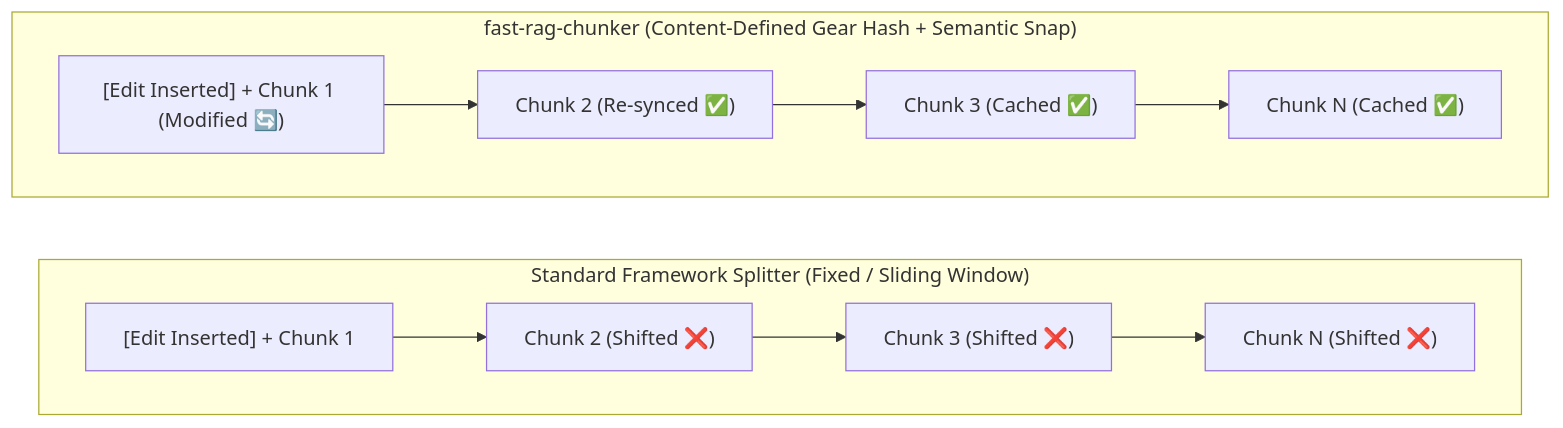
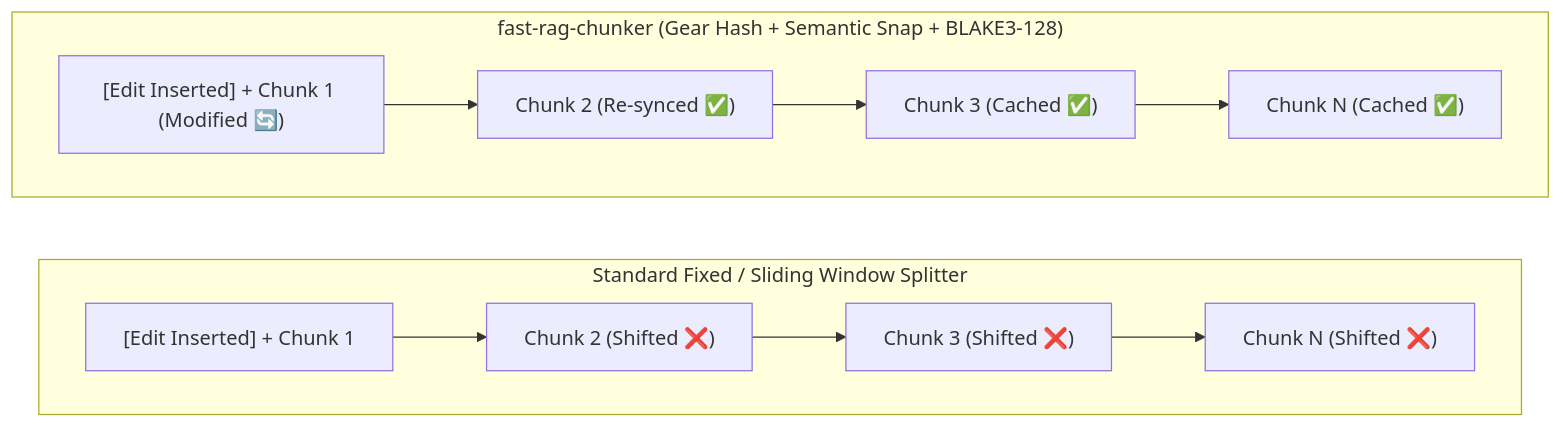
One commit to mjlelis/fast-rag-chunker changed the first of 3 diagrams in README.md. Above: the diagram before and after it, drawn with Mermaid. The commit also changed other lines of this file and 87 other files, not shown here.

Commit message:
feat(v0.2.0): 128-bit BLAKE3 digests, ChunkerConfig, cache_key, v2 FFI, and dedup/throughput benchmarks

````diff
--- a/README.md
+++ b/README.md
@@ -39,12 +39,12 @@
 ```mermaid
 flowchart LR
-    subgraph FixedSplitter["Standard Framework Splitter (Fixed / Sliding Window)"]
+    subgraph FixedSplitter["Standard Fixed / Sliding Window Splitter"]
         direction LR
         F1["[Edit Inserted] + Chunk 1"] --> F2["Chunk 2 (Shifted ❌)"] --> F3["Chunk 3 (Shifted ❌)"] --> F4["Chunk N (Shifted ❌)"]
     end
 
-    subgraph FastCDCSplitter["fast-rag-chunker (Content-Defined Gear Hash + Semantic Snap)"]
+    subgraph FastCDCSplitter["fast-rag-chunker (Gear Hash + Semantic Snap + BLAKE3-128)"]
         direction LR
         C1["[Edit Inserted] + Chunk 1 (Modified 🔄)"] --> C2["Chunk 2 (Re-synced ✅)"] --> C3["Chunk 3 (Cached ✅)"] --> C4["Chunk N (Cached ✅)"]
     end
 ```
````
